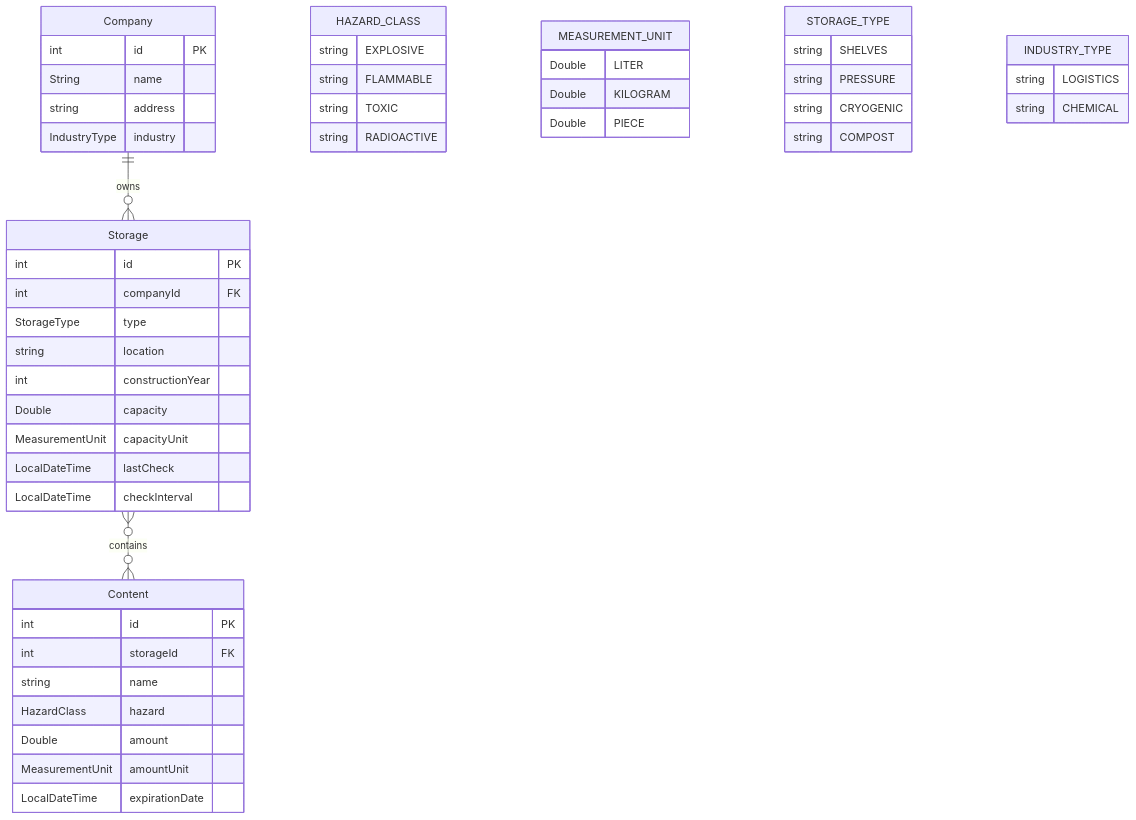
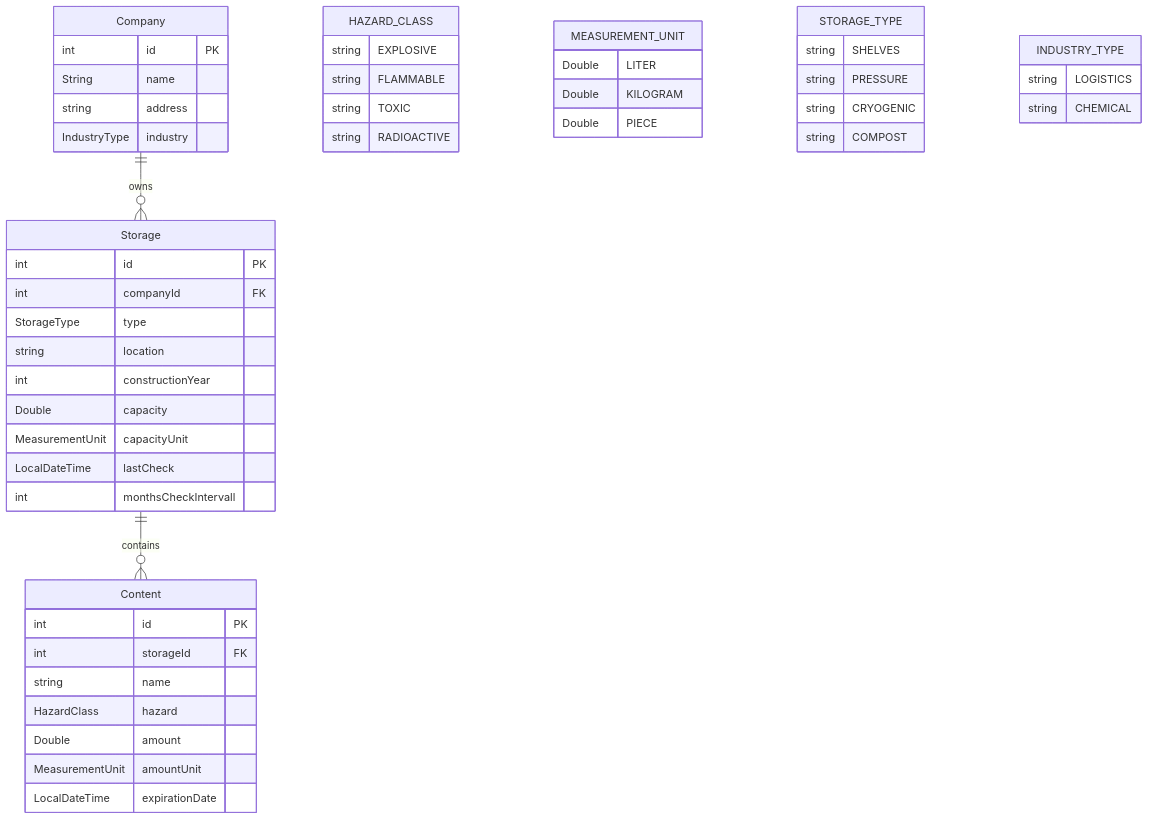
Before and after one commit to mgudux/hazmat-storage: the diagram in docs/01_entity_relationship.mmd, drawn with Mermaid. The commit also changed 8 other files, not shown here.

Commit message:
KAN-9: chore: add entities Company, Storage and Content. Update Entity in ER-Diagram and Flyway Script

```diff
--- a/docs/01_entity_relationship.mmd
+++ b/docs/01_entity_relationship.mmd
@@ -1,57 +1,57 @@
 erDiagram
     Company ||--o{ Storage : "owns"
-    Storage }o--o{ Content : "contains"
+    Storage ||--o{ Content : "contains"
 
     Company {
         int id PK
         String name
         string address
         IndustryType industry
     }
 
     Storage {
         int id PK
         int companyId FK
         StorageType type
         string location
         int constructionYear
         Double capacity
         MeasurementUnit capacityUnit
         LocalDateTime lastCheck
-        LocalDateTime checkInterval
+        int monthsCheckIntervall
     }
 
     Content {
         int id PK
         int storageId FK
         string name
         HazardClass hazard
         Double amount
         MeasurementUnit amountUnit
         LocalDateTime expirationDate
     }
 
     HAZARD_CLASS {
         string EXPLOSIVE
         string FLAMMABLE
         string TOXIC
         string RADIOACTIVE
     }
 
     MEASUREMENT_UNIT {
         Double LITER
         Double KILOGRAM
         Double PIECE
     }
 
     STORAGE_TYPE {
         string SHELVES
         string PRESSURE
         string CRYOGENIC
         string COMPOST
     }
 
     INDUSTRY_TYPE {
         string LOGISTICS
         string CHEMICAL
     }
```
